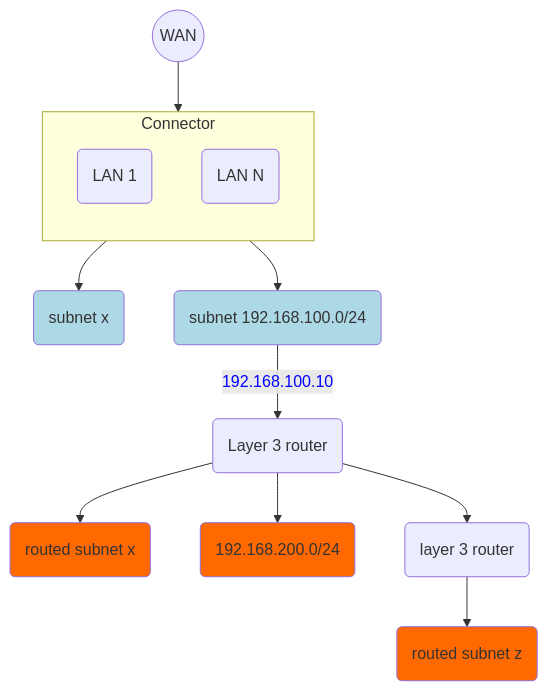
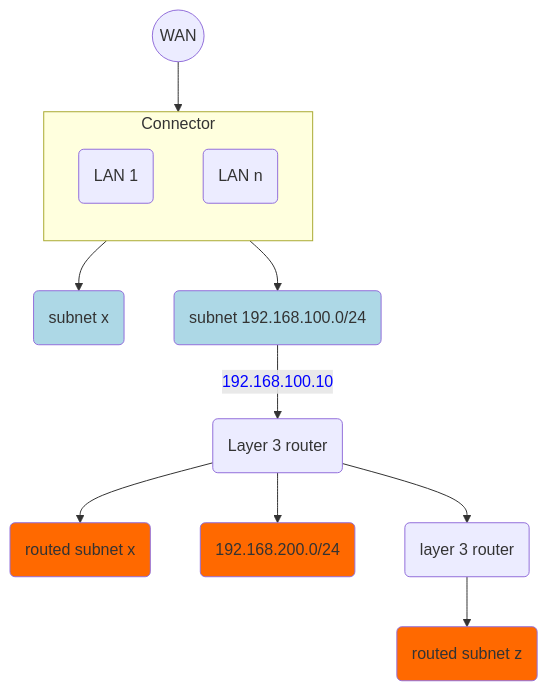
Before and after one commit to cloudflare/cloudflare-docs: the first of 2 diagrams in content/magic-wan/configuration/connector/network-options/routed-subnets.md, drawn with Mermaid. The commit also changed other lines of this file, not shown here.

````diff
--- a/content/magic-wan/configuration/connector/network-options/routed-subnets.md
+++ b/content/magic-wan/configuration/connector/network-options/routed-subnets.md
@@ -6,27 +13,27 @@
 ```mermaid
 flowchart TB
 accTitle: Routed subnets
 accDescr: Some LANs are complex, and might have additional subnets behind L3 routers.
 
 a((WAN)) --> b
 
 subgraph b [Connector]
 direction TB
 c(LAN 1)
-d(LAN N)
+d(LAN n)
 end
 
 c --> e(subnet x):::blue
 d --> f(subnet 192.168.100.0/24):::blue
 
 f-->|192.168.100.10|g(Layer 3 router)
 
 g --> h(routed subnet x):::red
 g --> i(192.168.200.0/24):::red
 g --> j(layer 3 router)
 j --> k(routed subnet z):::red
 
 linkStyle 3 color:blue
 classDef blue fill:#add8e6
 classDef red fill:#ff6900
 ```
````
